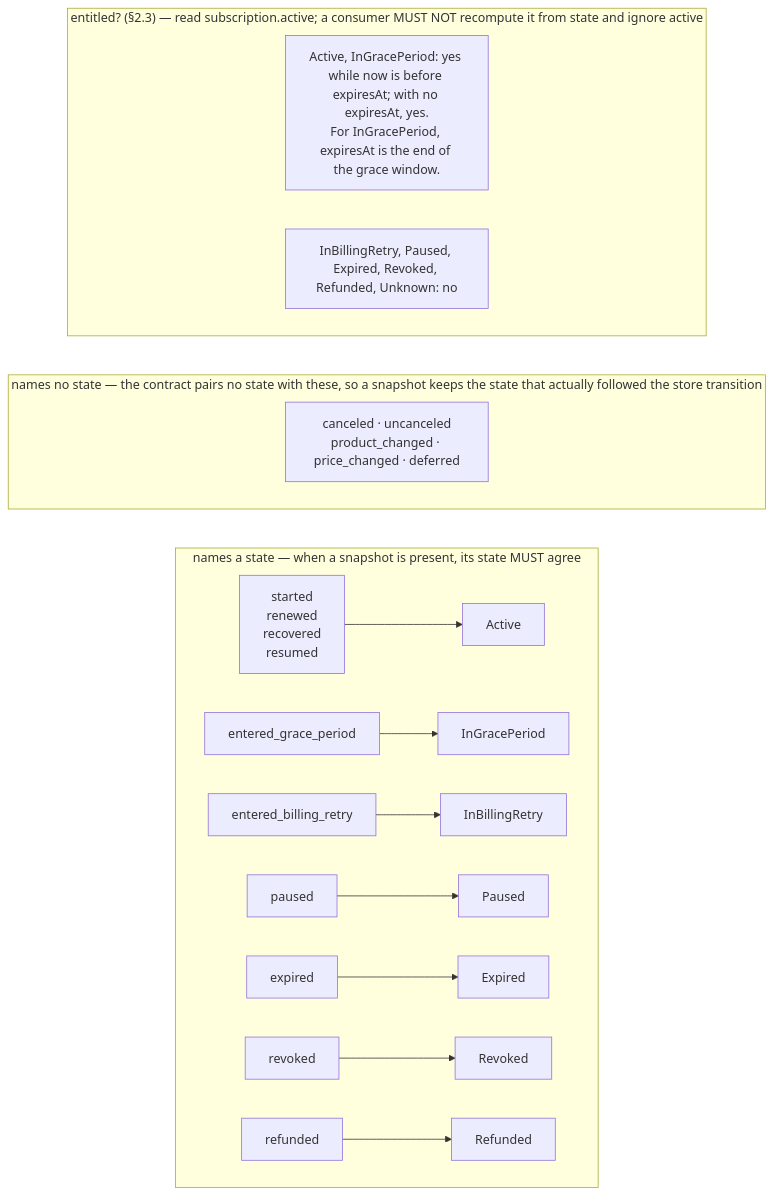
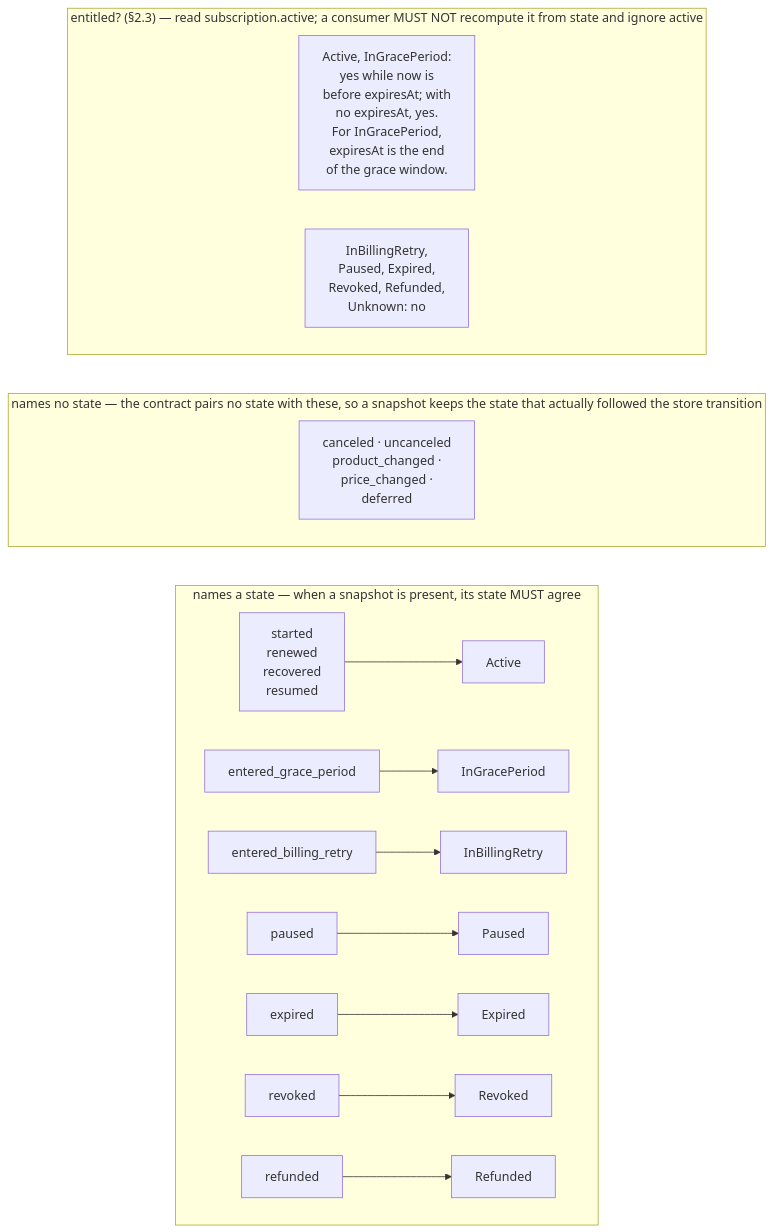
Before and after one commit to hyodotdev/openiap: the first of 3 diagrams in specs/commerce-protocol/SPEC.md, drawn with Mermaid. The commit also changed other lines of this file and 1 other file, not shown here.

First line of the commit message:
docs(spec): keep mermaid labels inside their boxes

````diff
--- a/specs/commerce-protocol/SPEC.md
+++ b/specs/commerce-protocol/SPEC.md
@@ -670,22 +670,22 @@
 ```mermaid
 flowchart LR
   subgraph lands ["names a state — when a snapshot is present, its state MUST agree"]
     direction LR
     e1["started<br/>renewed<br/>recovered<br/>resumed"] --> Active
     e2["entered_grace_period"] --> InGracePeriod
     e3["entered_billing_retry"] --> InBillingRetry
     e4["paused"] --> Paused
     e5["expired"] --> Expired
     e6["revoked"] --> Revoked
     e7["refunded"] --> Refunded
   end
   subgraph none ["names no state — the contract pairs no state with these, so a snapshot keeps the state that actually followed the store transition"]
     direction LR
-    e8["canceled · uncanceled<br/>product_changed · price_changed · deferred"]
+    e8["canceled · uncanceled<br/>product_changed ·<br/>price_changed ·<br/>deferred"]
   end
   subgraph predicate ["entitled? (§2.3) — read subscription.active; a consumer MUST NOT recompute it from state and ignore active"]
     direction LR
-    p1["Active, InGracePeriod: yes while now is before expiresAt; with no expiresAt, yes.<br/>For InGracePeriod, expiresAt is the end of the grace window."]
-    p2["InBillingRetry, Paused, Expired, Revoked, Refunded, Unknown: no"]
+    p1["Active, InGracePeriod:<br/>yes while now is<br/>before expiresAt; with<br/>no expiresAt, yes.<br/>For InGracePeriod,<br/>expiresAt is the end<br/>of the grace window."]
+    p2["InBillingRetry,<br/>Paused, Expired,<br/>Revoked, Refunded,<br/>Unknown: no"]
   end
 ```
````
